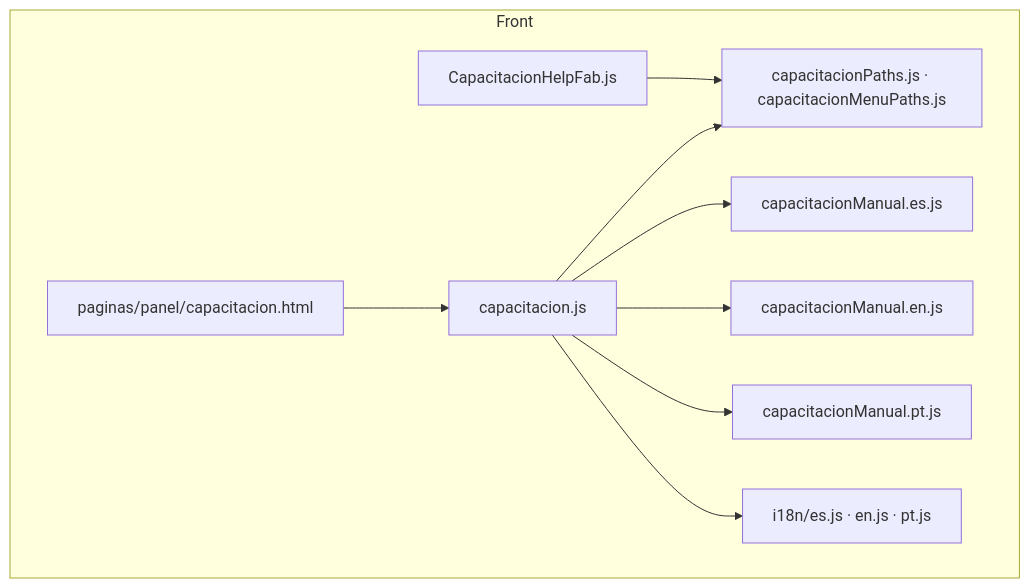
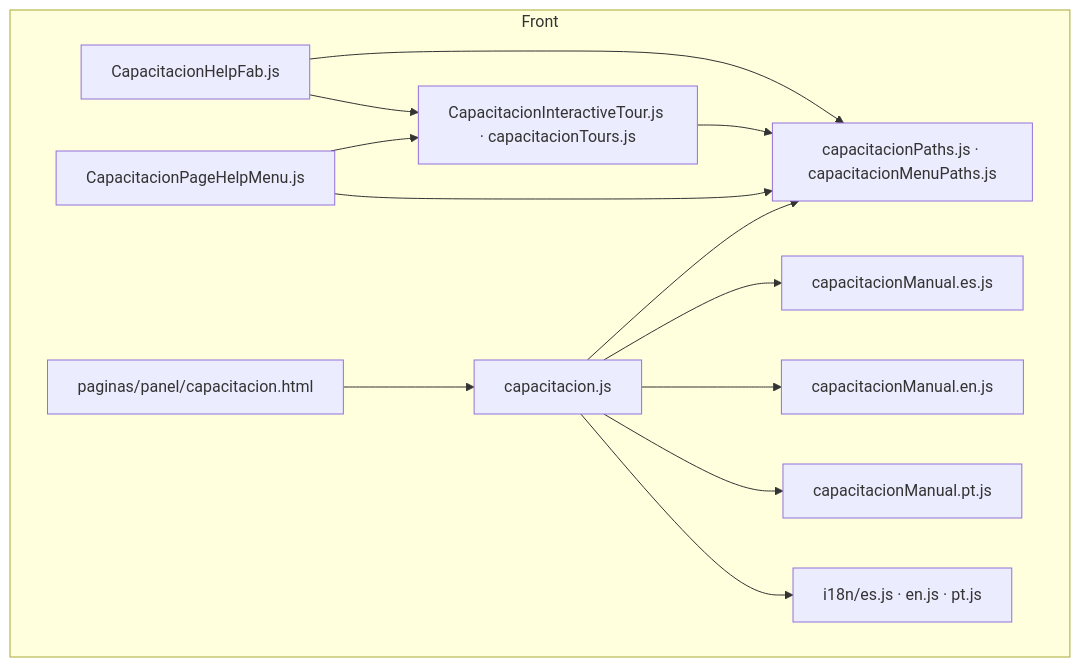
One commit to icastillodev/apidrivengrobo changed the third of 5 diagrams in docs/CHECKLIST-CAPACITACION.md. Above: the diagram before and after it, drawn with Mermaid. The commit also changed other lines of this file and 65 other files, not shown here.

````diff
--- a/docs/CHECKLIST-CAPACITACION.md
+++ b/docs/CHECKLIST-CAPACITACION.md
@@ -113,20 +116,26 @@
 ```mermaid
 flowchart TB
   subgraph Front["Front"]
     cap["capacitacion.js"]
     paths["capacitacionPaths.js · capacitacionMenuPaths.js"]
     fab["CapacitacionHelpFab.js"]
+    tour["CapacitacionInteractiveTour.js · capacitacionTours.js"]
+    phm["CapacitacionPageHelpMenu.js"]
     html["paginas/panel/capacitacion.html"]
     manES["capacitacionManual.es.js"]
     manEN["capacitacionManual.en.js"]
     manPT["capacitacionManual.pt.js"]
     i18n["i18n/es.js · en.js · pt.js"]
   end
   cap --> paths
   cap --> manES
   cap --> manEN
   cap --> manPT
   cap --> i18n
   fab --> paths
+  fab --> tour
+  tour --> paths
+  phm --> tour
+  phm --> paths
   html --> cap
 ```
````
